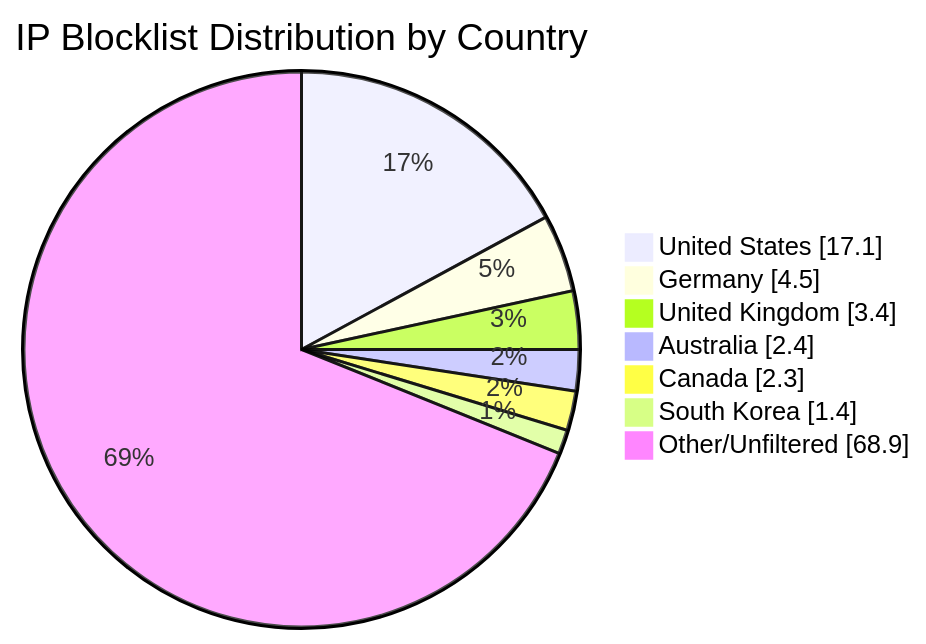
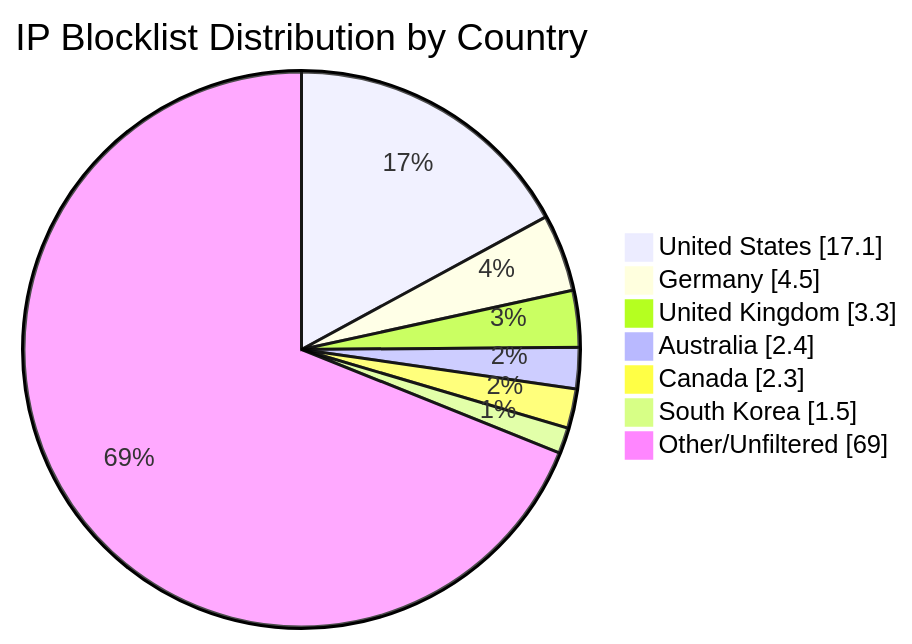
One commit to MarcusHoltz/ipblocklist-geofiltered-aggregator changed the diagram in README.md. Above: the diagram before and after it, drawn with Mermaid. The commit also changed other lines of this file and 9 other files, not shown here.

````diff
--- a/README.md
+++ b/README.md
@@ -34,10 +34,10 @@
 ```mermaid
 pie showData title IP Blocklist Distribution by Country
 "United States" : 17.1
 "Germany" : 4.5
-"United Kingdom" : 3.4
+"United Kingdom" : 3.3
 "Australia" : 2.4
 "Canada" : 2.3
-"South Korea" : 1.4
-"Other/Unfiltered" : 68.9
+"South Korea" : 1.5
+"Other/Unfiltered" : 69.0
 ```
````
